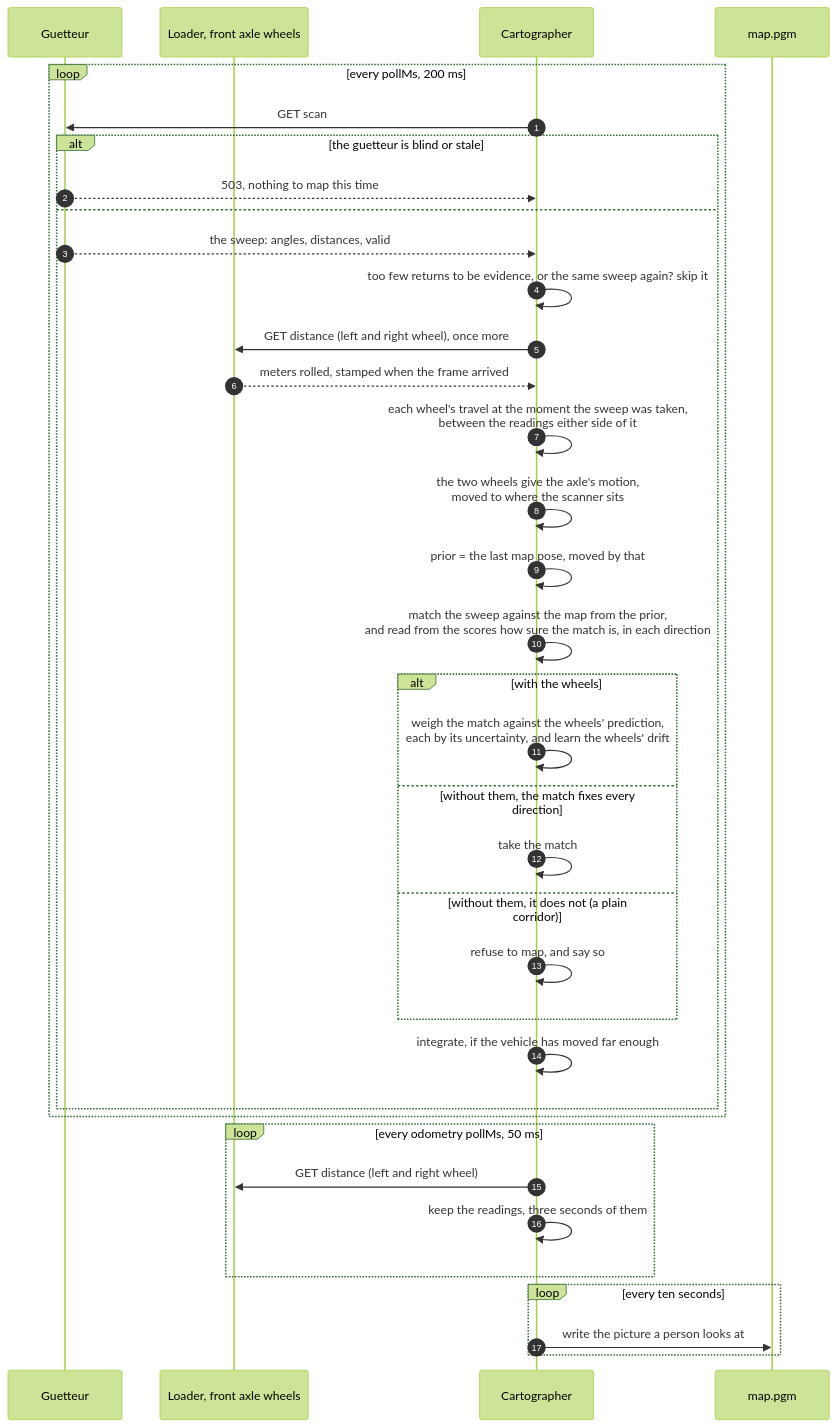
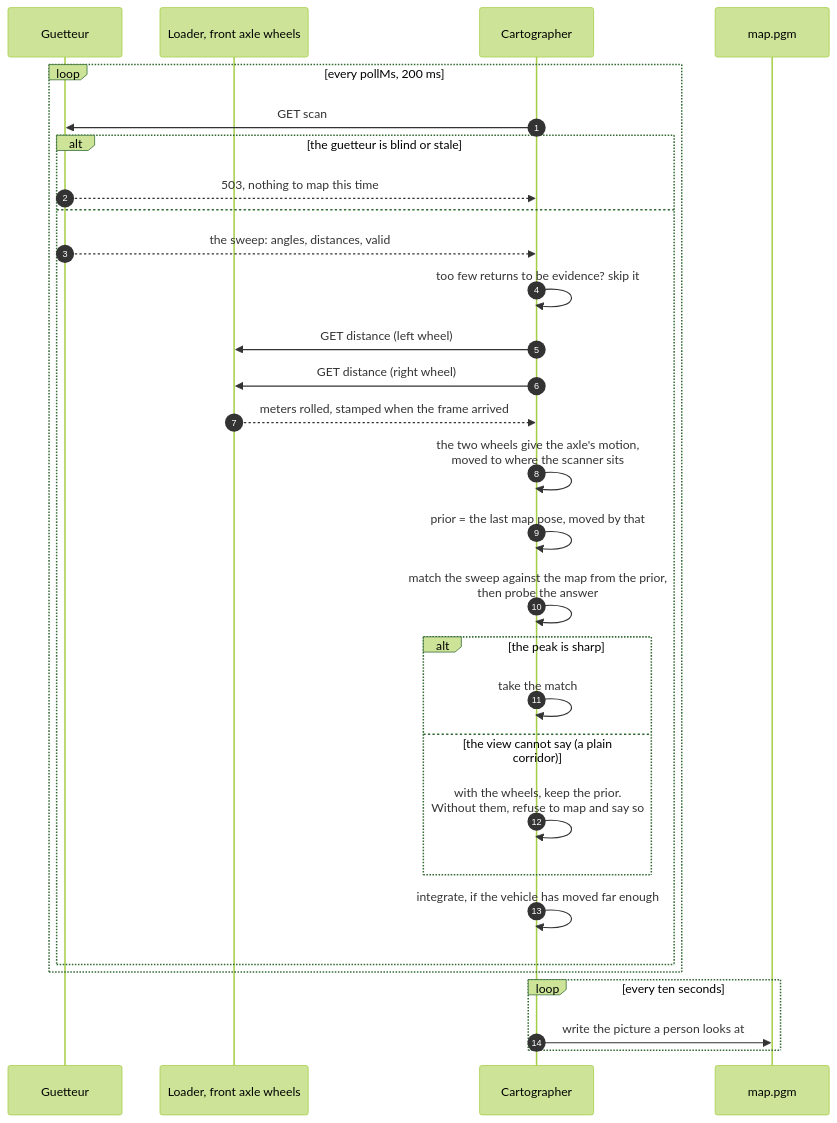
The diagram in cartographer/README.md (gabaxh/systems), drawn with Mermaid (forest theme) before and after one commit. The commit also changed other lines of this file and 9 other files, not shown here.

````diff
--- a/cartographer/README.md
+++ b/cartographer/README.md
@@ -43,41 +30,34 @@
 ```mermaid
 sequenceDiagram
     autonumber
     participant G as Guetteur
     participant L as Loader, front axle wheels
     participant C as Cartographer
     participant D as map.pgm
 
     loop every pollMs, 200 ms
         C->>G: GET scan
         alt the guetteur is blind or stale
             G-->>C: 503, nothing to map this time
         else
             G-->>C: the sweep: angles, distances, valid
-            C->>C: too few returns to be evidence, or the same sweep again? skip it
-            C->>L: GET distance (left and right wheel), once more
+            C->>C: too few returns to be evidence? skip it
+            C->>L: GET distance (left wheel)
+            C->>L: GET distance (right wheel)
             L-->>C: meters rolled, stamped when the frame arrived
-            C->>C: each wheel's travel at the moment the sweep was taken,<br/>between the readings either side of it
             C->>C: the two wheels give the axle's motion,<br/>moved to where the scanner sits
             C->>C: prior = the last map pose, moved by that
-            C->>C: match the sweep against the map from the prior,<br/>and read from the scores how sure the match is, in each direction
-            alt with the wheels
-                C->>C: weigh the match against the wheels' prediction,<br/>each by its uncertainty, and learn the wheels' drift
-            else without them, the match fixes every direction
+            C->>C: match the sweep against the map from the prior,<br/>then probe the answer
+            alt the peak is sharp
                 C->>C: take the match
-            else without them, it does not (a plain corridor)
-                C->>C: refuse to map, and say so
+            else the view cannot say (a plain corridor)
+                C->>C: with the wheels, keep the prior.<br/>Without them, refuse to map and say so
             end
             C->>C: integrate, if the vehicle has moved far enough
         end
-    end
-
-    loop every odometry pollMs, 50 ms
-        C->>L: GET distance (left and right wheel)
-        C->>C: keep the readings, three seconds of them
     end
 
     loop every ten seconds
         C->>D: write the picture a person looks at
     end
 ```
````
